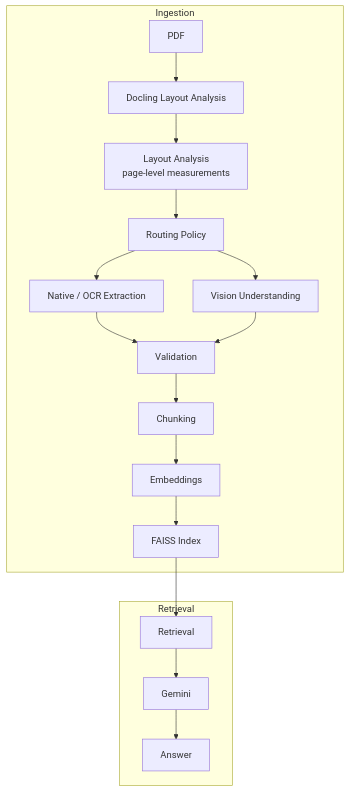
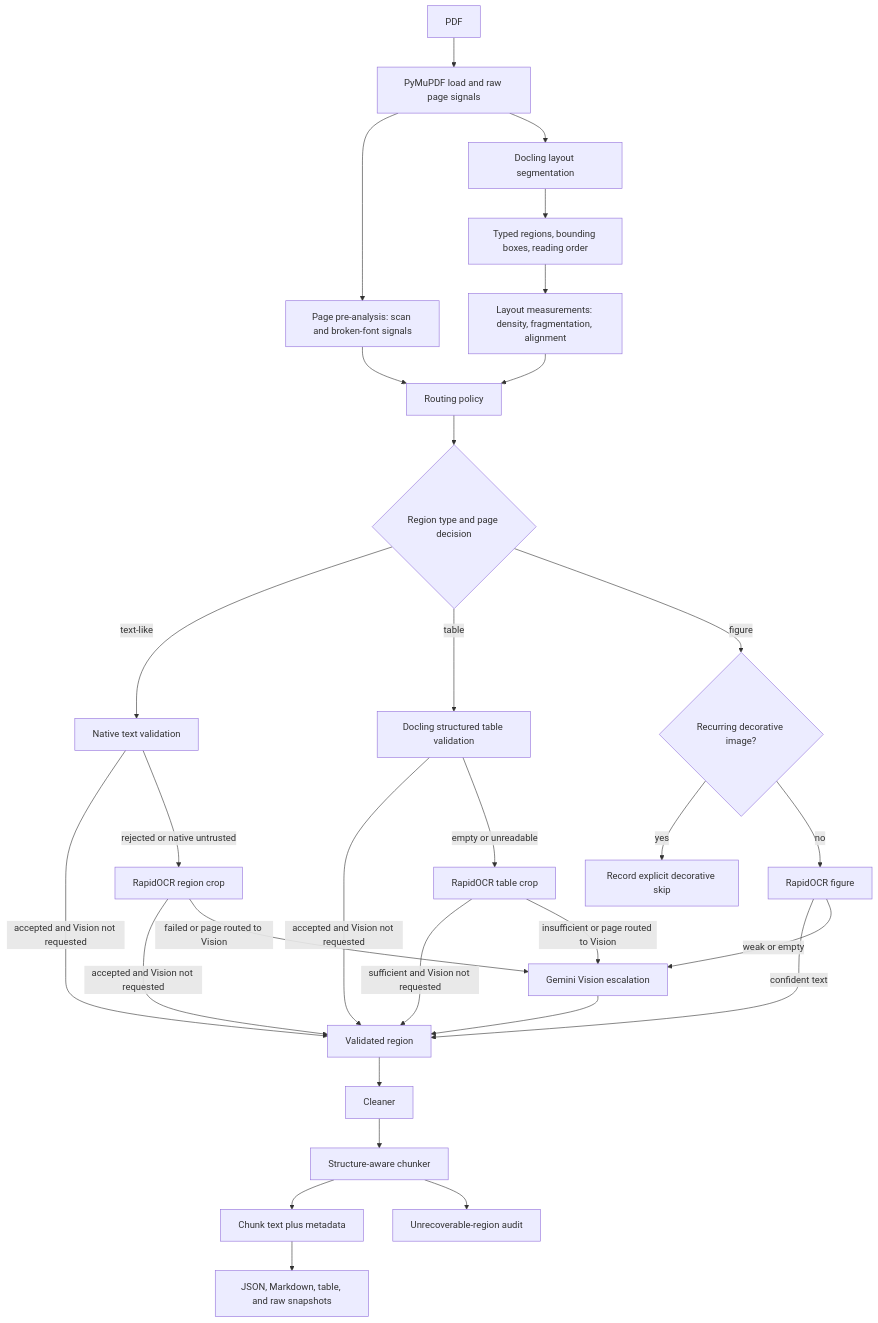
The second of 5 diagrams in README.md (Cosmos-Krishna/multimodal-rag), drawn with Mermaid before and after one commit. The commit also changed other lines of this file and 3 other files, not shown here.

Commit message:
Improve project documentation and add architecture context for developers

````diff
--- a/README.md
+++ b/README.md
@@ -20,20 +250,37 @@
 ```mermaid
 flowchart TD
-    subgraph Ingestion
-        A[PDF] --> B[Docling Layout Analysis]
-        B --> C[Layout Analysis<br/>page-level measurements]
-        C --> D[Routing Policy]
-        D --> E[Native / OCR Extraction]
-        D --> F[Vision Understanding]
-        E --> G[Validation]
-        F --> G
-        G --> H[Chunking]
-        H --> I[Embeddings]
-        I --> J[FAISS Index]
-    end
-    subgraph Retrieval
-        J --> K[Retrieval]
-        K --> L[Gemini]
-        L --> M[Answer]
-    end
+    A[PDF] --> B[PyMuPDF load and raw page signals]
+    B --> C[Page pre-analysis: scan and broken-font signals]
+    B --> D[Docling layout segmentation]
+    D --> E[Typed regions, bounding boxes, reading order]
+    E --> F[Layout measurements: density, fragmentation, alignment]
+    C --> G[Routing policy]
+    F --> G
+
+    G --> H{Region type and page decision}
+
+    H -->|text-like| I[Native text validation]
+    I -->|accepted and Vision not requested| V[Validated region]
+    I -->|rejected or native untrusted| J[RapidOCR region crop]
+    J -->|accepted and Vision not requested| V
+    J -->|failed or page routed to Vision| K[Gemini Vision escalation]
+    K --> V
+
+    H -->|table| L[Docling structured table validation]
+    L -->|accepted and Vision not requested| V
+    L -->|empty or unreadable| M[RapidOCR table crop]
+    M -->|sufficient and Vision not requested| V
+    M -->|insufficient or page routed to Vision| K
+
+    H -->|figure| N{Recurring decorative image?}
+    N -->|yes| O[Record explicit decorative skip]
+    N -->|no| P[RapidOCR figure]
+    P -->|confident text| V
+    P -->|weak or empty| K
+
+    V --> Q[Cleaner]
+    Q --> R[Structure-aware chunker]
+    R --> S[Chunk text plus metadata]
+    R --> T[Unrecoverable-region audit]
+    S --> U[JSON, Markdown, table, and raw snapshots]
 ```
````
